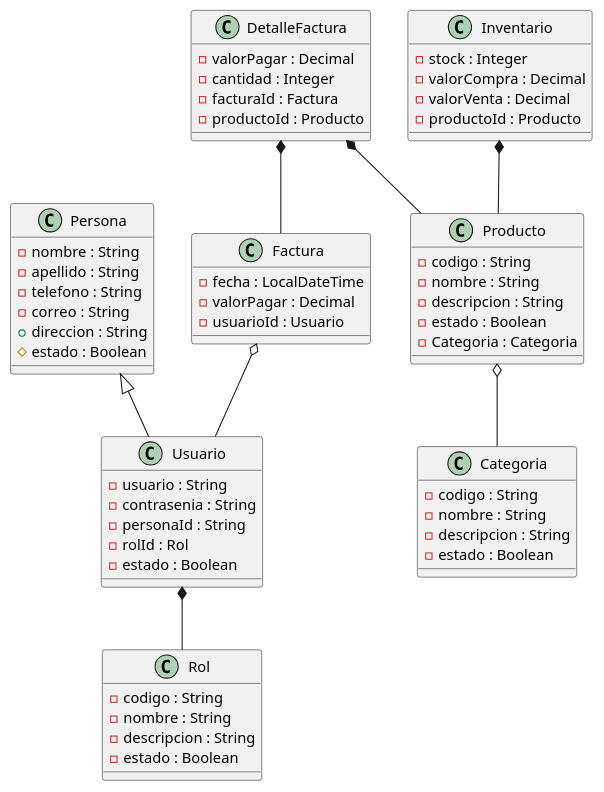
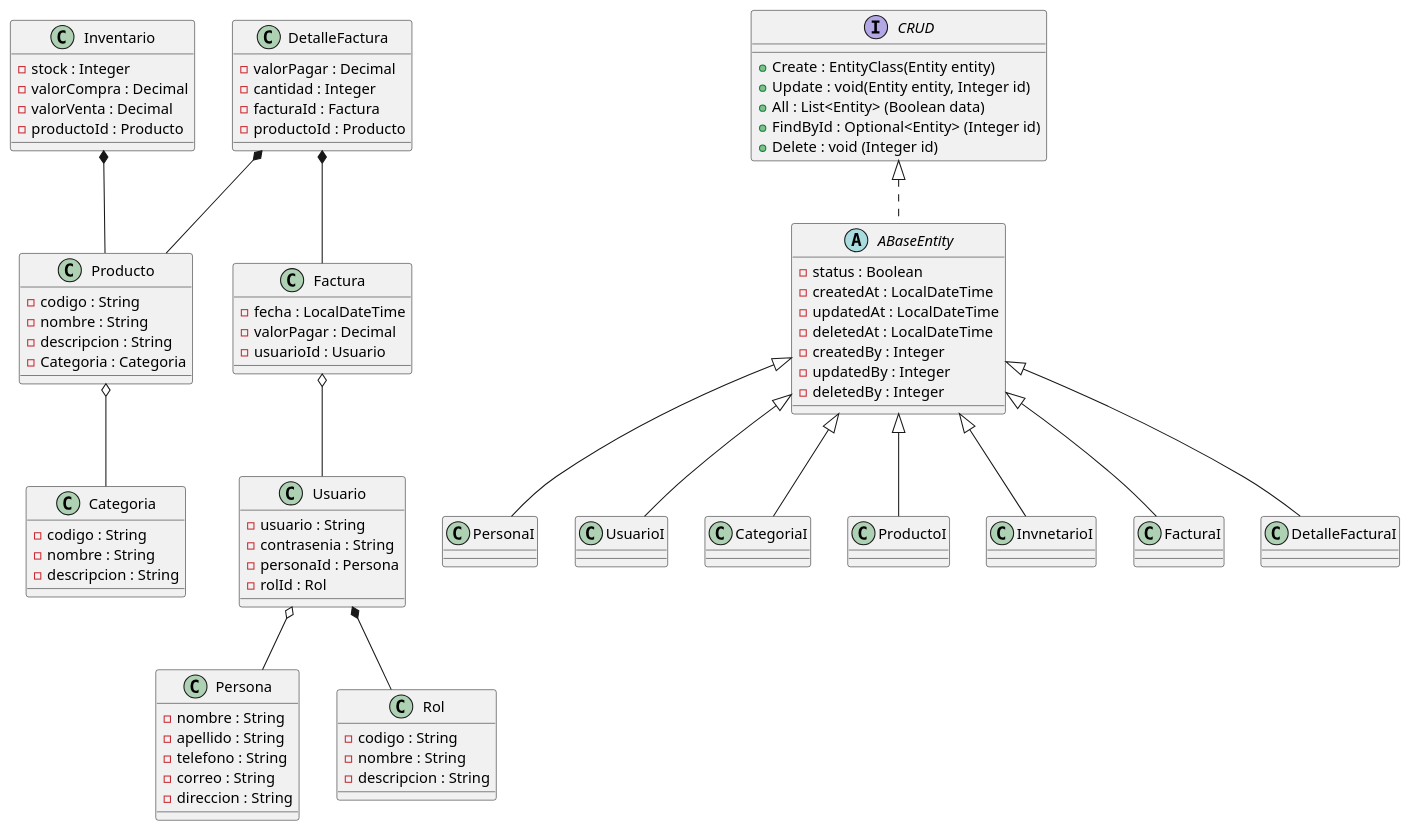
Before and after one commit to code-corhuila/analisis-sistemas-2024-b-g2: the diagram in 11-Semana/Clase.wsd, drawn with PlantUML.

Commit message:
Cambios - 2024-10-16

```diff
--- a/11-Semana/Clase.wsd
+++ b/11-Semana/Clase.wsd
@@ -1,71 +1,107 @@
 @startuml
 
 class Persona{
     - nombre : String
     - apellido : String
     - telefono : String
     - correo : String
-    + direccion : String
-    # estado : Boolean
+    - direccion : String
+    
 }
 class Rol{
     - codigo : String
     - nombre : String
     - descripcion : String
-    - estado : Boolean
 }
     
 
-class Usuario extends Persona{
+class Usuario{
     - usuario : String
     - contrasenia : String
-    - personaId : String
+    - personaId : Persona
     - rolId : Rol
-    - estado : Boolean
 }
 
 class Categoria{
     - codigo : String
     - nombre : String
     - descripcion : String
-    - estado : Boolean
 }
 
 class Producto{
     - codigo : String
     - nombre : String
     - descripcion : String
-    - estado : Boolean
     - Categoria : Categoria
 }
 
 class Inventario{
     - stock : Integer
     - valorCompra : Decimal
     - valorVenta : Decimal
     - productoId : Producto
 }
 class Factura{
     - fecha : LocalDateTime
     - valorPagar : Decimal
     - usuarioId : Usuario
 }
     
 class DetalleFactura{
     - valorPagar : Decimal
     - cantidad : Integer
     - facturaId : Factura
-    - productoId : Producto
+    - productoId : Producto    
 }
-    
 
+interface CRUD{
+    + Create : EntityClass(Entity entity)
+    + Update : void(Entity entity, Integer id)
+    + All : List<Entity> (Boolean data)
+    + FindById : Optional<Entity> (Integer id) 
+    + Delete : void (Integer id)
+}
+
+abstract class ABaseEntity implements CRUD{
+    - status : Boolean
+    - createdAt : LocalDateTime
+    - updatedAt : LocalDateTime
+    - deletedAt : LocalDateTime
+    - createdBy : Integer
+    - updatedBy : Integer
+    - deletedBy : Integer
+}
+
+class PersonaI extends ABaseEntity{
+
+}
+class UsuarioI extends ABaseEntity{
+
+}
+class CategoriaI extends ABaseEntity{
+
+}
+class ProductoI extends ABaseEntity{
+
+}
+class InvnetarioI extends ABaseEntity{
+
+}
+class FacturaI extends ABaseEntity{
+
+}
+class DetalleFacturaI extends ABaseEntity{
+
+}
+
+Usuario o-- Persona
 Usuario *-- Rol
 Producto o-- Categoria
 Inventario *-- Producto
 Factura o-- Usuario
 DetalleFactura *-- Factura
 DetalleFactura *-- Producto
 
 
 
 @enduml
```
